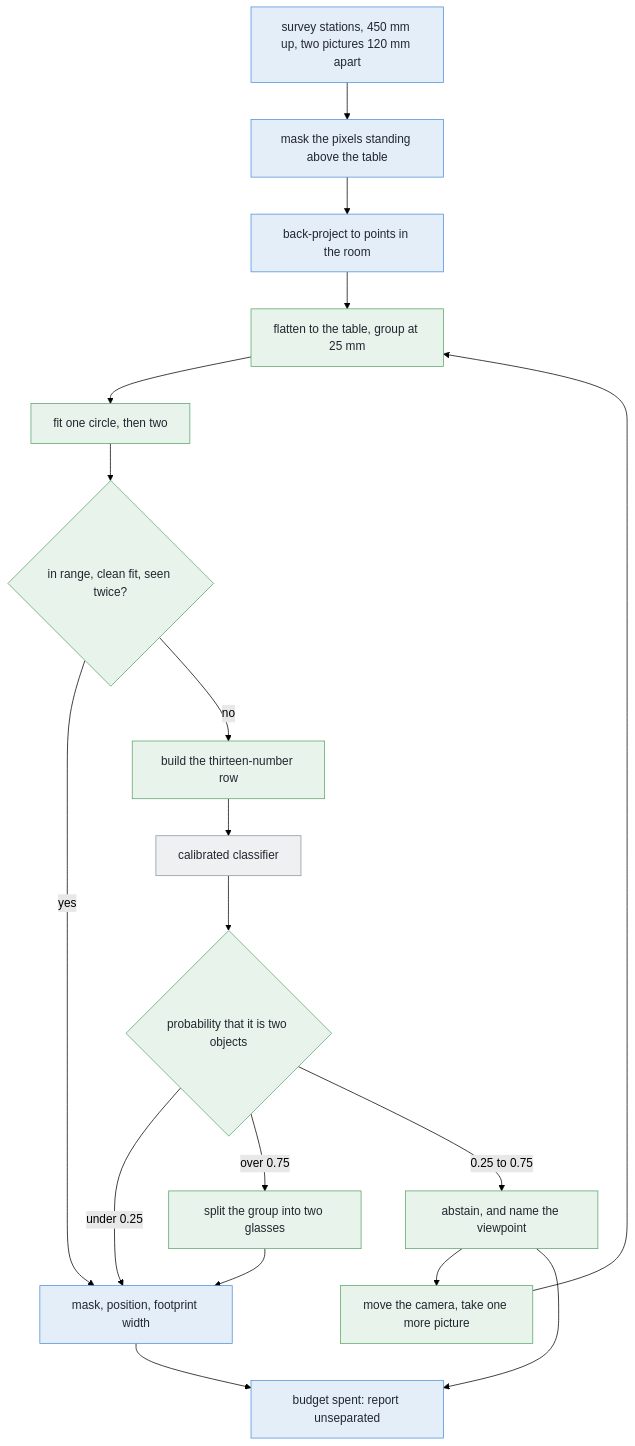
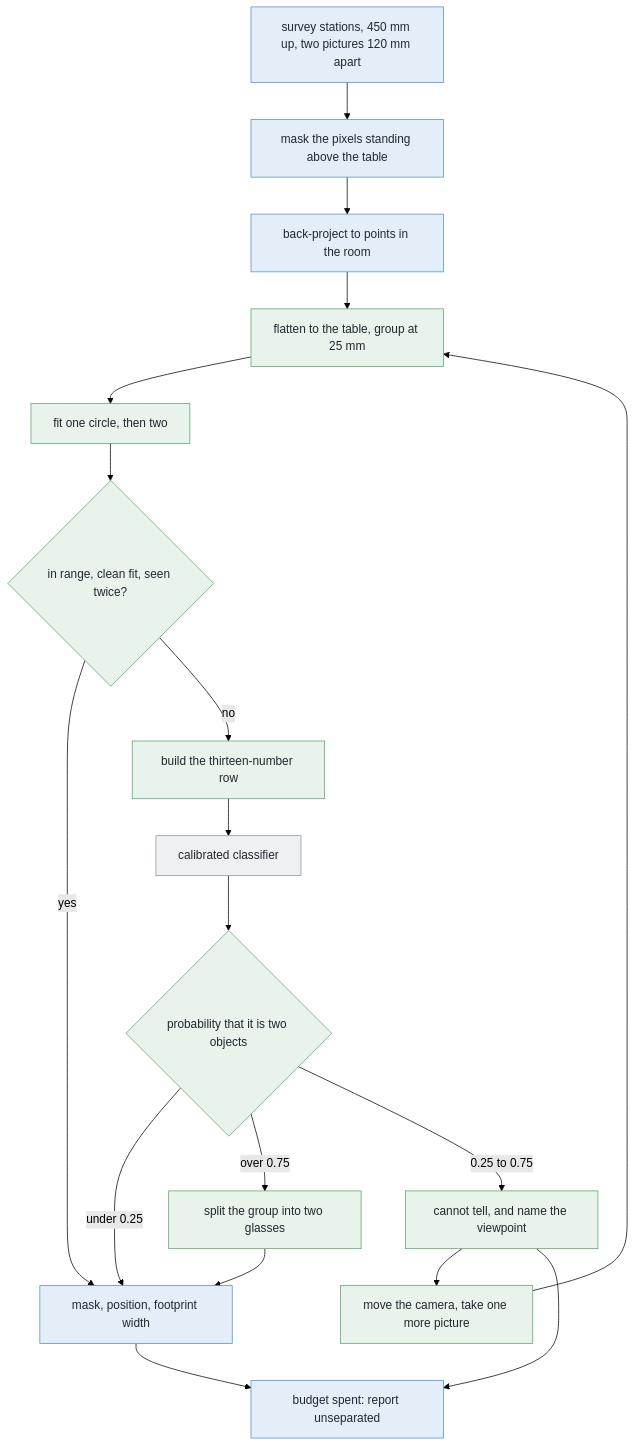
The third of 3 diagrams in v5-pick-glasses/docs/problem-2/solutions/05-a-learned-verifier-over-the-clusters.md (RobinNagpal/robot-arm-projects), drawn with Mermaid (forest theme) before and after one commit. The commit also changed other lines of this file and 1 other file, not shown here.

````diff
--- a/v5-pick-glasses/docs/problem-2/solutions/05-a-learned-verifier-over-the-clusters.md
+++ b/v5-pick-glasses/docs/problem-2/solutions/05-a-learned-verifier-over-the-clusters.md
@@ -335,34 +357,34 @@
 ```mermaid
 flowchart TD
     E1["survey stations, 450 mm up, two pictures 120 mm apart"] --> E2["mask the pixels standing above the table"]
     E2 --> E3["back-project to points in the room"]
     E3 --> N1["flatten to the table, group at 25 mm"]
     N1 --> N2["fit one circle, then two"]
     N2 --> D1{"in range, clean fit, seen twice?"}
     D1 -->|yes| E4["mask, position, footprint width"]
     D1 -->|no| N3["build the thirteen-number row"]
     N3 --> L1["calibrated classifier"]
     L1 --> D2{"probability that it is two objects"}
     D2 -->|"under 0.25"| E4
     D2 -->|"over 0.75"| N4["split the group into two glasses"]
     N4 --> E4
-    D2 -->|"0.25 to 0.75"| N5["abstain, and name the viewpoint"]
+    D2 -->|"0.25 to 0.75"| N5["cannot tell, and name the viewpoint"]
     N5 --> N6["move the camera, take one more picture"]
     N6 --> N1
     N5 --> E5["budget spent: report unseparated"]
     E4 --> E5
     style E1 fill:#e4eef9,stroke:#4c8fd6,color:#22272e
     style E2 fill:#e4eef9,stroke:#4c8fd6,color:#22272e
     style E3 fill:#e4eef9,stroke:#4c8fd6,color:#22272e
     style E4 fill:#e4eef9,stroke:#4c8fd6,color:#22272e
     style E5 fill:#e4eef9,stroke:#4c8fd6,color:#22272e
     style N1 fill:#e8f3ec,stroke:#5aa469,color:#22272e
     style N2 fill:#e8f3ec,stroke:#5aa469,color:#22272e
     style N3 fill:#e8f3ec,stroke:#5aa469,color:#22272e
     style N4 fill:#e8f3ec,stroke:#5aa469,color:#22272e
     style N5 fill:#e8f3ec,stroke:#5aa469,color:#22272e
     style N6 fill:#e8f3ec,stroke:#5aa469,color:#22272e
     style D1 fill:#e8f3ec,stroke:#5aa469,color:#22272e
     style D2 fill:#e8f3ec,stroke:#5aa469,color:#22272e
     style L1 fill:#eef0f2,stroke:#8b949e,color:#22272e
 ```
````
